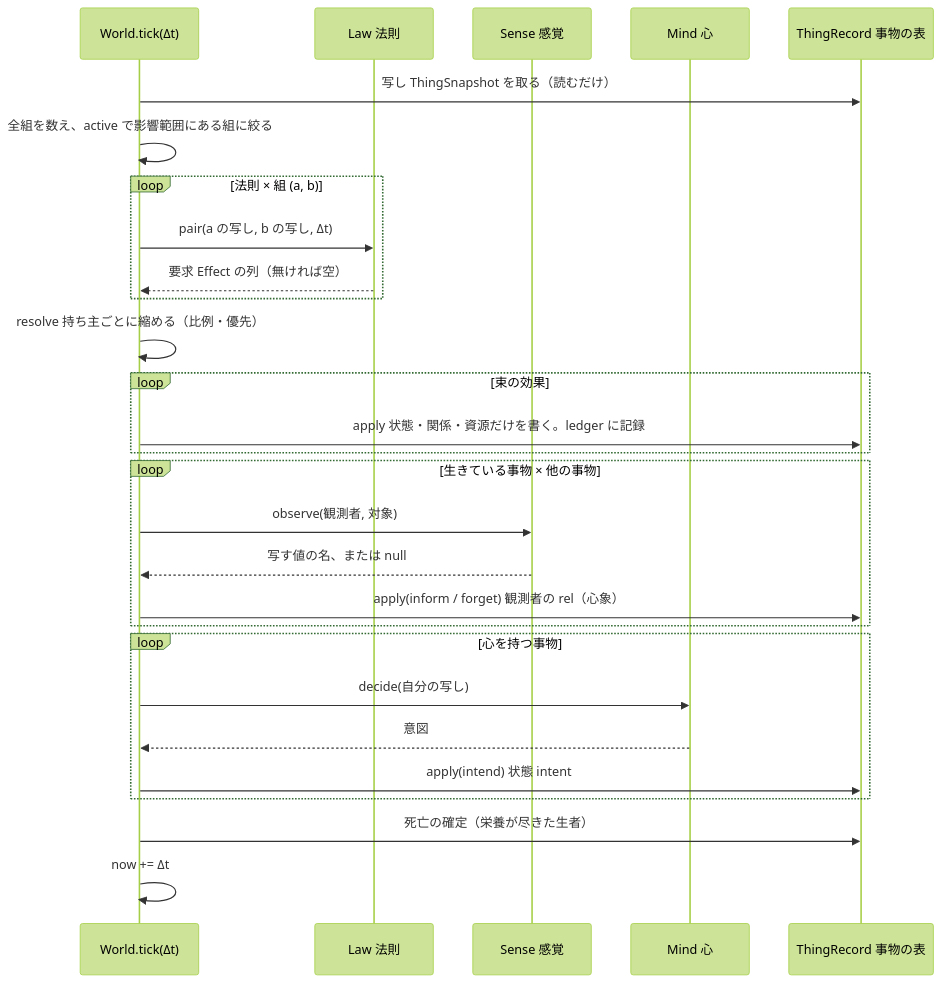
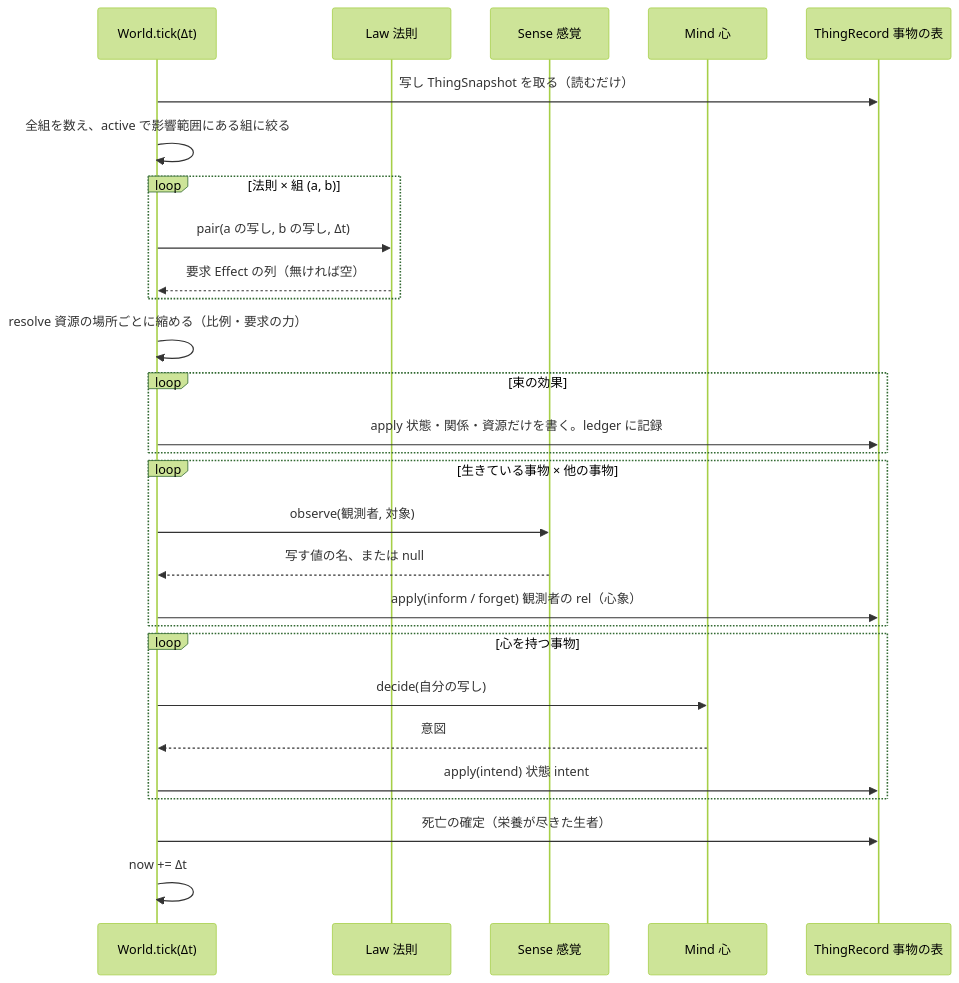
The diagram in docs/figures/src/design-fig7-sequence.mmd (demerzel09/Medieval-Simulator), drawn with Mermaid (forest theme) before and after one commit. The commit also changed 16 other files, not shown here.

```diff
--- a/docs/figures/src/design-fig7-sequence.mmd
+++ b/docs/figures/src/design-fig7-sequence.mmd
@@ -1,28 +1,28 @@
 sequenceDiagram
   participant W as World.tick(Δt)
   participant L as Law 法則
   participant S as Sense 感覚
   participant M as Mind 心
   participant T as ThingRecord 事物の表
   W->>T: 写し ThingSnapshot を取る（読むだけ）
   W->>W: 全組を数え、active で影響範囲にある組に絞る
   loop 法則 × 組 (a, b)
     W->>L: pair(a の写し, b の写し, Δt)
     L-->>W: 要求 Effect の列（無ければ空）
   end
-  W->>W: resolve 持ち主ごとに縮める（比例・優先）
+  W->>W: resolve 資源の場所ごとに縮める（比例・要求の力）
   loop 束の効果
     W->>T: apply 状態・関係・資源だけを書く。ledger に記録
   end
   loop 生きている事物 × 他の事物
     W->>S: observe(観測者, 対象)
     S-->>W: 写す値の名、または null
     W->>T: apply(inform / forget) 観測者の rel（心象）
   end
   loop 心を持つ事物
     W->>M: decide(自分の写し)
     M-->>W: 意図
     W->>T: apply(intend) 状態 intent
   end
   W->>T: 死亡の確定（栄養が尽きた生者）
   W->>W: now += Δt
```
